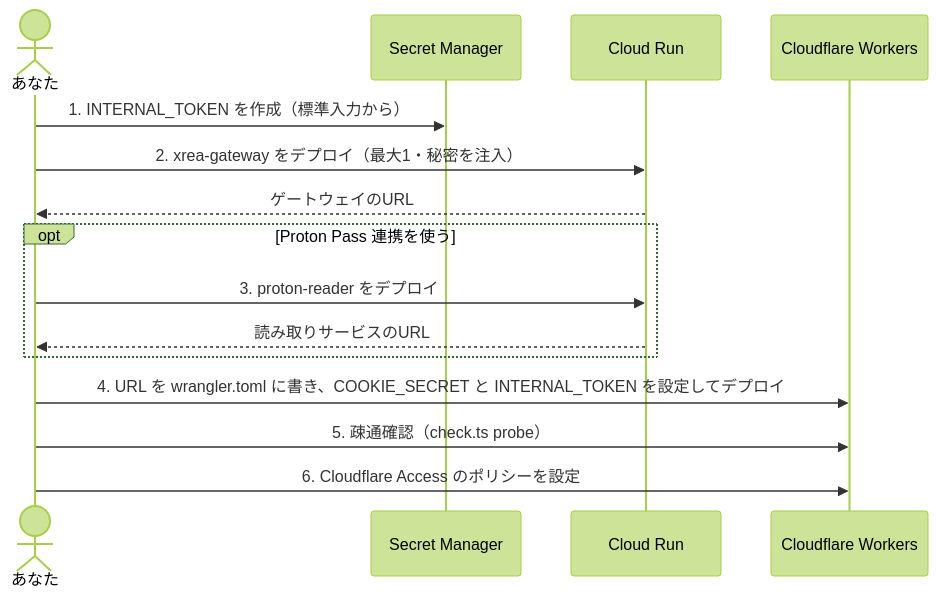
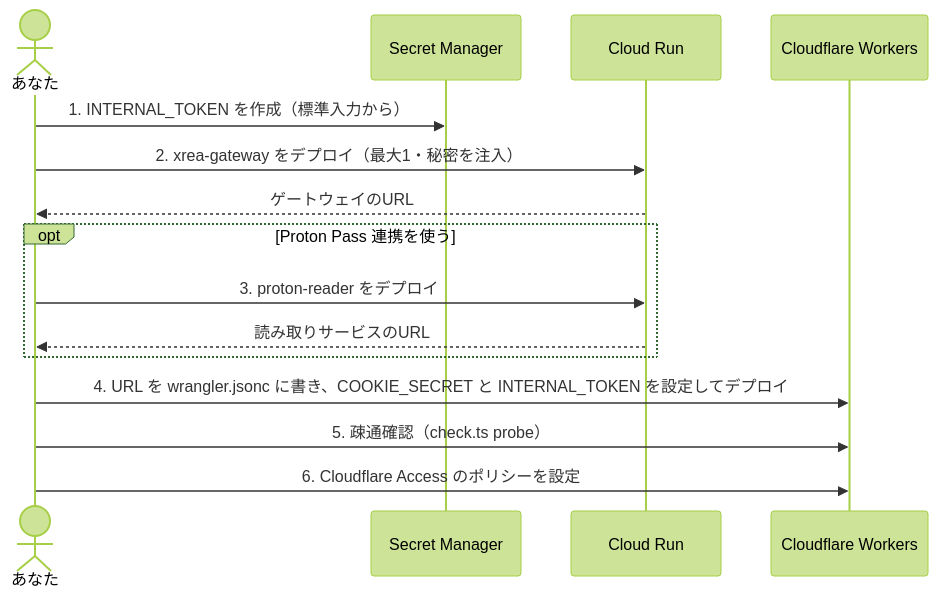
The second of 2 diagrams in docs/cloud-deploy.md (nekono-dev/xrea-address-generator), drawn with Mermaid (forest theme) before and after one commit. The commit also changed other lines of this file and 59 other files, not shown here.

````diff
--- a/docs/cloud-deploy.md
+++ b/docs/cloud-deploy.md
@@ -48,18 +50,18 @@
 ```mermaid
 sequenceDiagram
   actor you as あなた
   participant sm as Secret Manager
   participant cr as Cloud Run
   participant cf as Cloudflare Workers
 
   you->>sm: 1. INTERNAL_TOKEN を作成（標準入力から）
   you->>cr: 2. xrea-gateway をデプロイ（最大1・秘密を注入）
   cr-->>you: ゲートウェイのURL
   opt Proton Pass 連携を使う
     you->>cr: 3. proton-reader をデプロイ
     cr-->>you: 読み取りサービスのURL
   end
-  you->>cf: 4. URL を wrangler.toml に書き、COOKIE_SECRET と INTERNAL_TOKEN を設定してデプロイ
+  you->>cf: 4. URL を wrangler.jsonc に書き、COOKIE_SECRET と INTERNAL_TOKEN を設定してデプロイ
   you->>cf: 5. 疎通確認（check.ts probe）
   you->>cf: 6. Cloudflare Access のポリシーを設定
 ```
````
